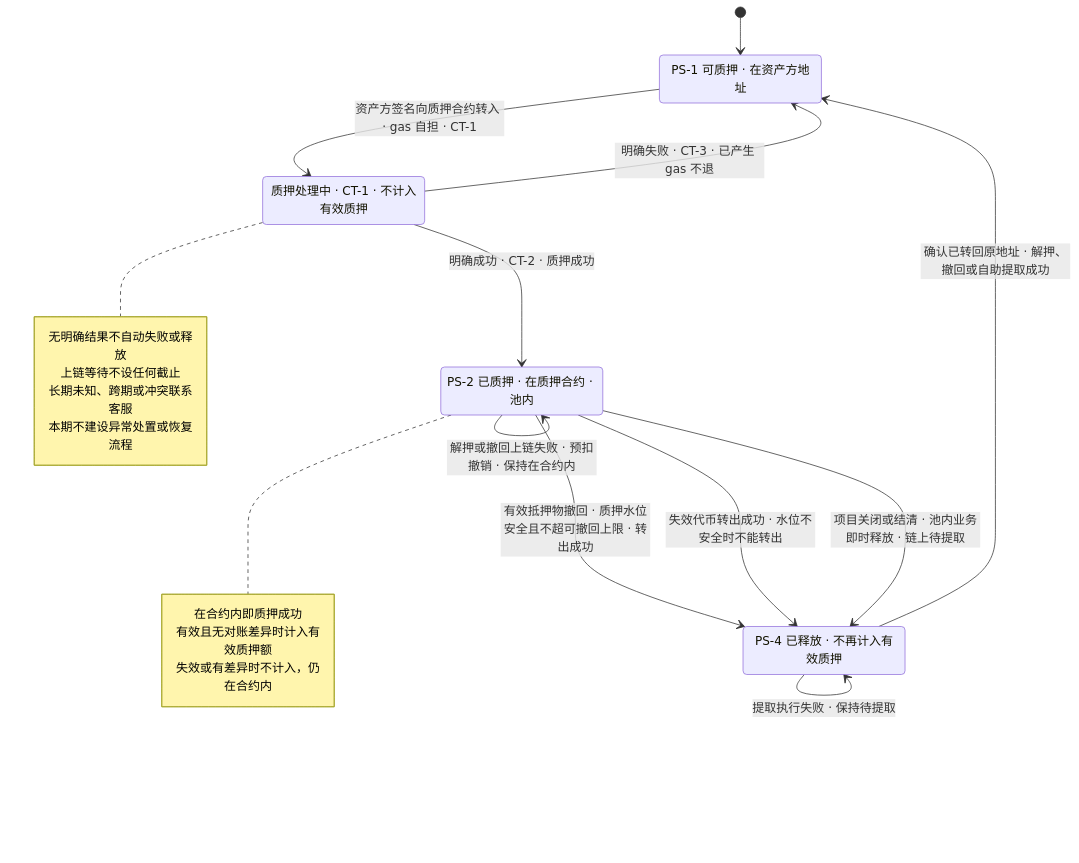
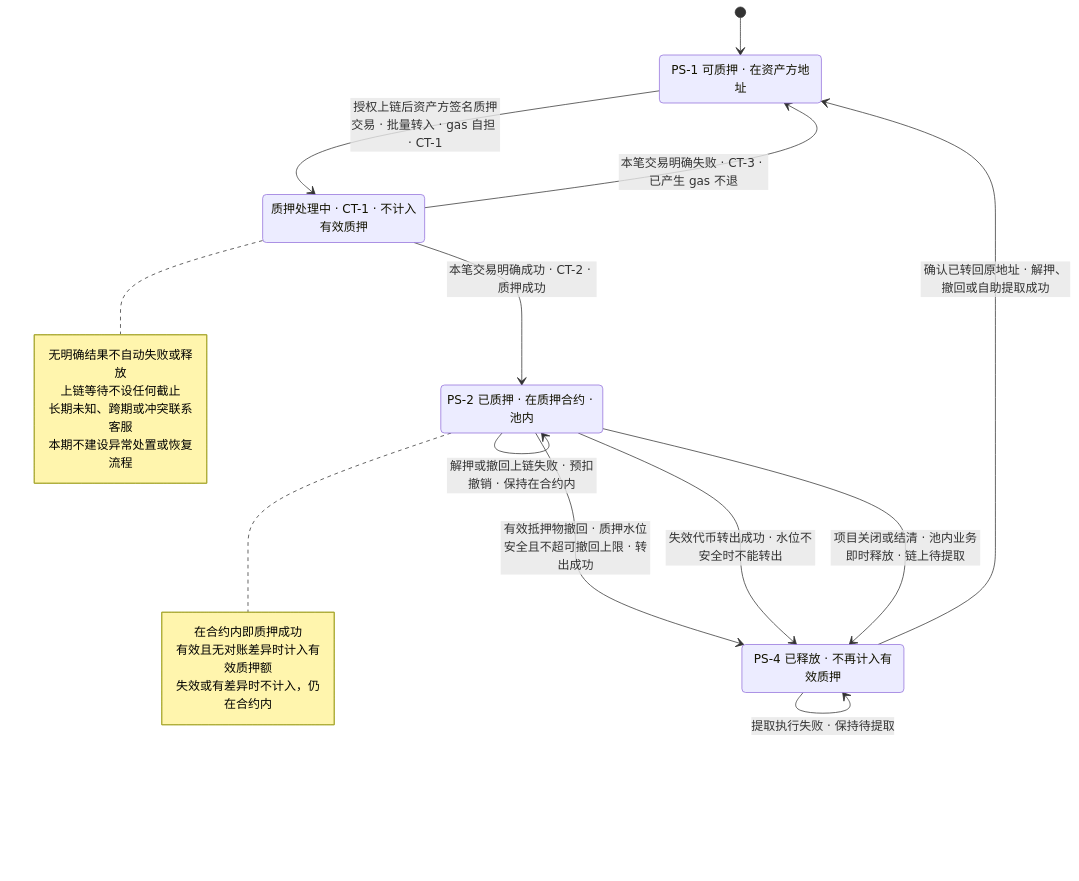
One commit to wxblockchain/Chain-Financing changed the ninth of 10 diagrams in lending-platform/PRD/面客端/05-借贷广场-融资需求与代币质押/02-融资需求与代币质押-流程图与状态机.md. Above: the diagram before and after it, drawn with Mermaid. The commit also changed other lines of this file and 5 other files, not shown here.

````diff
--- a/lending-platform/PRD/面客端/05-借贷广场-融资需求与代币质押/02-融资需求与代币质押-流程图与状态机.md
+++ b/lending-platform/PRD/面客端/05-借贷广场-融资需求与代币质押/02-融资需求与代币质押-流程图与状态机.md
@@ -250,28 +279,28 @@
 ```mermaid
 stateDiagram-v2
   PS_1: PS-1 可质押 · 在资产方地址
   PS_2: PS-2 已质押 · 在质押合约 · 池内
   PS_4: PS-4 已释放 · 不再计入有效质押
   PROC: 质押处理中 · CT-1 · 不计入有效质押
   [*] --> PS_1
-  PS_1 --> PROC: 资产方签名向质押合约转入 · gas 自担 · CT-1
-  PROC --> PS_2: 明确成功 · CT-2 · 质押成功
-  PROC --> PS_1: 明确失败 · CT-3 · 已产生 gas 不退
+  PS_1 --> PROC: 授权上链后资产方签名质押交易 · 批量转入 · gas 自担 · CT-1
+  PROC --> PS_2: 本笔交易明确成功 · CT-2 · 质押成功
+  PROC --> PS_1: 本笔交易明确失败 · CT-3 · 已产生 gas 不退
   note right of PS_2
     在合约内即质押成功
     有效且无对账差异时计入有效质押额
     失效或有差异时不计入，仍在合约内
   end note
   note right of PROC
     无明确结果不自动失败或释放
     上链等待不设任何截止
     长期未知、跨期或冲突联系客服
     本期不建设异常处置或恢复流程
   end note
   PS_2 --> PS_4: 有效抵押物撤回 · 质押水位安全且不超可撤回上限 · 转出成功
   PS_2 --> PS_4: 失效代币转出成功 · 水位不安全时不能转出
   PS_2 --> PS_4: 项目关闭或结清 · 池内业务即时释放 · 链上待提取
   PS_2 --> PS_2: 解押或撤回上链失败 · 预扣撤销 · 保持在合约内
   PS_4 --> PS_1: 确认已转回原地址 · 解押、撤回或自助提取成功
   PS_4 --> PS_4: 提取执行失败 · 保持待提取
 ```
````
